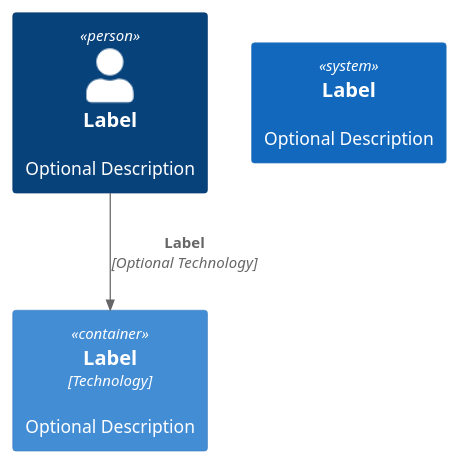
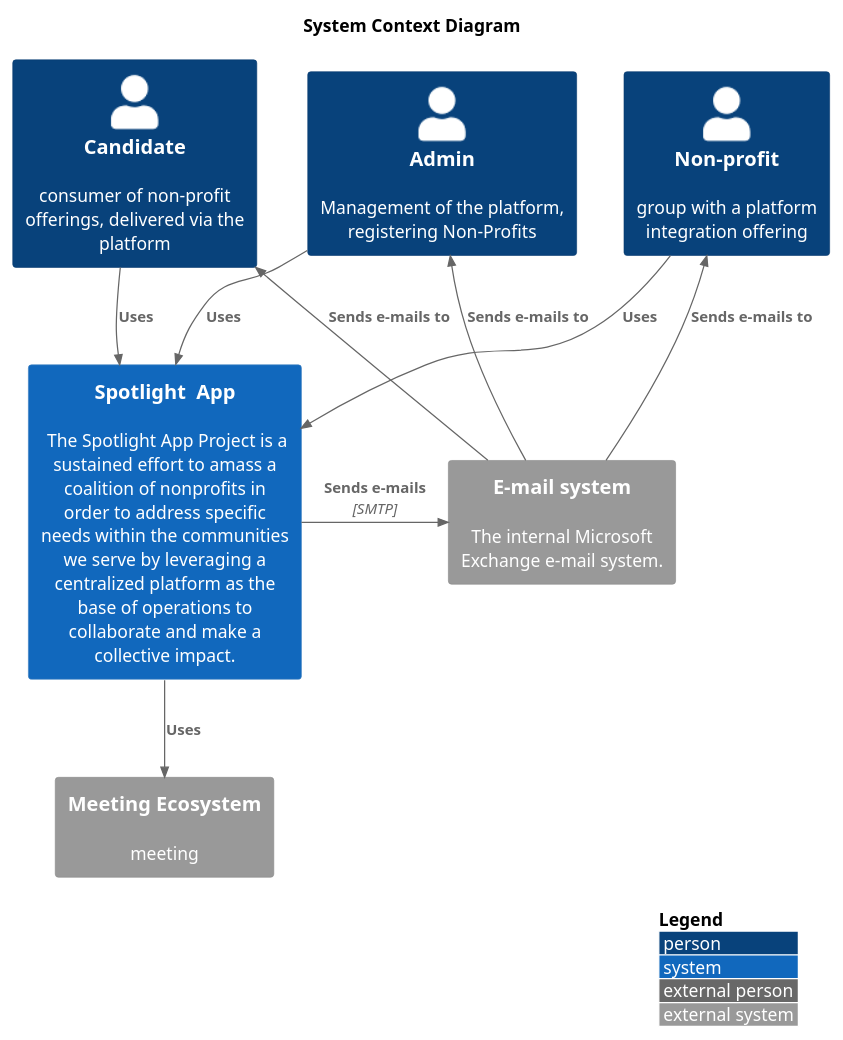
Before and after one commit to Katatubies/kata2022: the first of 3 diagrams in 2.SolutionBackground/c4.md, drawn with PlantUML. The commit also changed other lines of this file and 1 other file, not shown here.

Commit message:
c4 diagrams added

````diff
--- a/2.SolutionBackground/c4.md
+++ b/2.SolutionBackground/c4.md
@@ -1,11 +3,29 @@
 ```plantuml
-@startuml C4_Elements
-!include https://raw.githubusercontent.com/plantuml-stdlib/C4-PlantUML/master/C4_Container.puml
+@startuml
+!include https://raw.githubusercontent.com/plantuml-stdlib/C4-PlantUML/master/C4_Context.puml
+' uncomment the following line and comment the first to use locally
+' !include C4_Context.puml
 
-Person(personAlias, "Label", "Optional Description")
-Container(containerAlias, "Label", "Technology", "Optional Description")
-System(systemAlias, "Label", "Optional Description")
+LAYOUT_WITH_LEGEND()
 
-Rel(personAlias, containerAlias, "Label", "Optional Technology")
+title System Context Diagram
+
+Person(candidate, "Candidate", "consumer of non-profit offerings, delivered via the platform")
+Person(nonprofit, "Non-profit", "group with a platform integration offering")
+Person(admin, "Admin", "Management of the platform, registering Non-Profits")
+
+System(spotlight, "Spotlight  App", " The Spotlight App Project is a sustained effort to amass a coalition of nonprofits in order to address specific needs within the communities we serve by leveraging a centralized platform as the base of operations to collaborate and make a collective impact. ")
+
+System_Ext(mail_system, "E-mail system", "The internal Microsoft Exchange e-mail system.")
+System_Ext(meeting, "Meeting Ecosystem", "meeting")
+
+Rel(candidate, spotlight , "Uses")
+Rel(admin, spotlight, "Uses")
+Rel(nonprofit, spotlight, "Uses")
+Rel_Back(candidate, mail_system, "Sends e-mails to")
+Rel_Back(nonprofit, mail_system, "Sends e-mails to")
+Rel_Back(admin, mail_system, "Sends e-mails to")
+Rel_Neighbor(spotlight, mail_system, "Sends e-mails", "SMTP")
+Rel(spotlight, meeting, "Uses")
 @enduml
 ```
````
